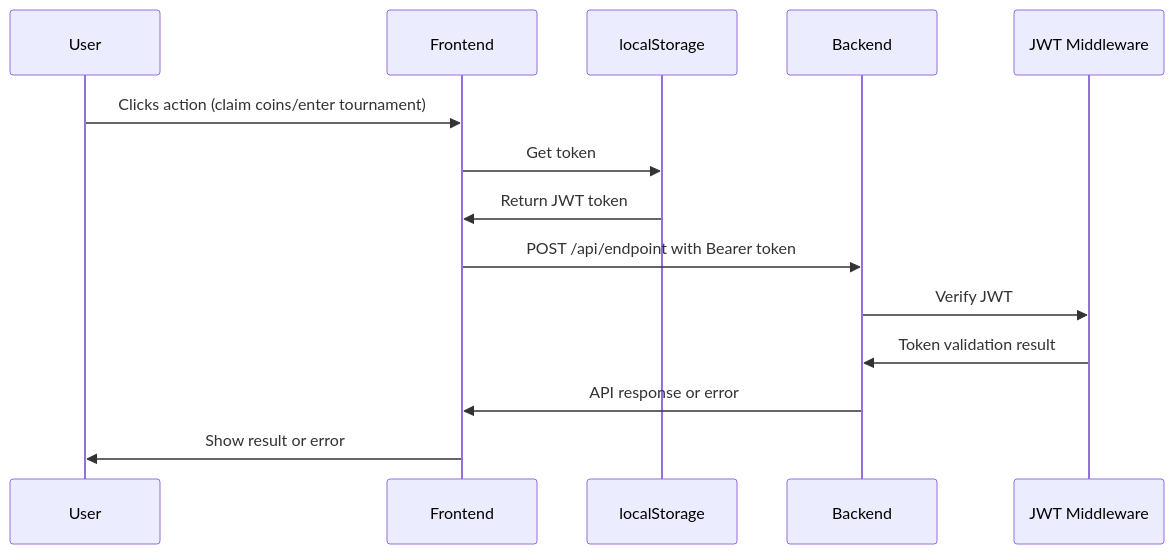
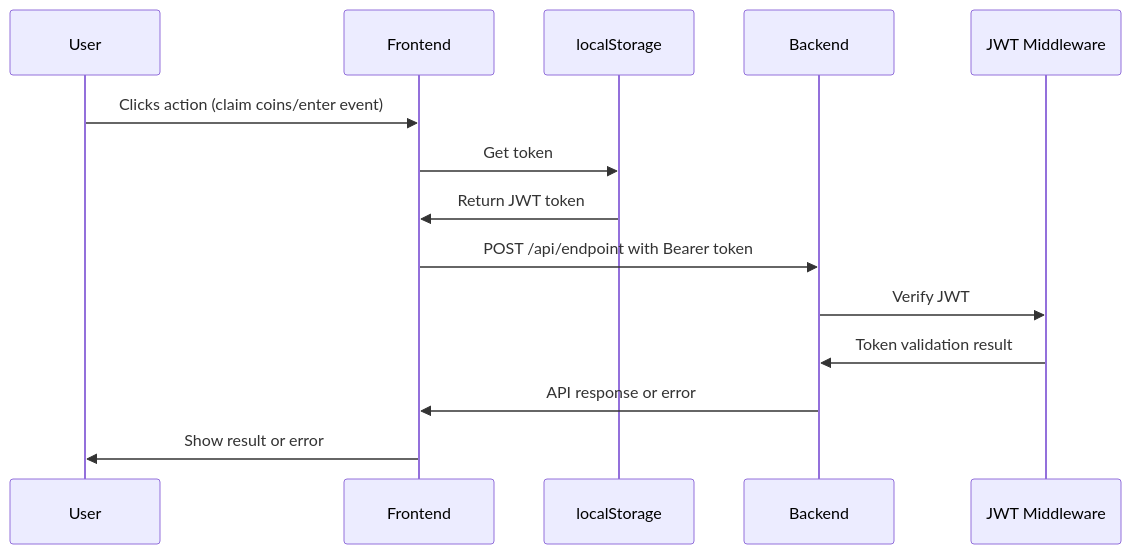
One commit to tommybrahhh/polycentral changed the fourth of 12 diagrams in authentication-flow-diagram.md. Above: the diagram before and after it, drawn with Mermaid. The commit also changed other lines of this file and 6 other files, not shown here.

````diff
--- a/authentication-flow-diagram.md
+++ b/authentication-flow-diagram.md
@@ -57,17 +57,17 @@
 ```mermaid
 sequenceDiagram
     participant U as User
     participant F as Frontend
     participant C as localStorage
     participant B as Backend
     participant G as JWT Middleware
     
-    U->>F: Clicks action (claim coins/enter tournament)
+    U->>F: Clicks action (claim coins/enter event)
     F->>C: Get token
     C->>F: Return JWT token
     F->>B: POST /api/endpoint with Bearer token
     B->>G: Verify JWT
     G->>B: Token validation result
     B->>F: API response or error
     F->>U: Show result or error
 ```
````
